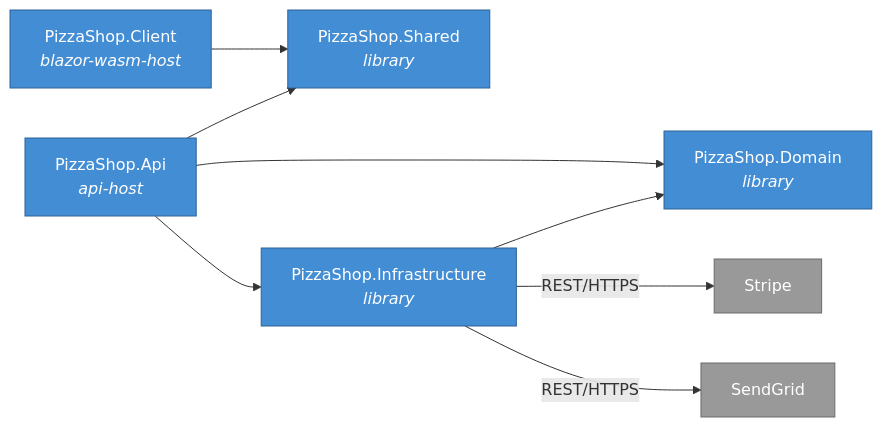
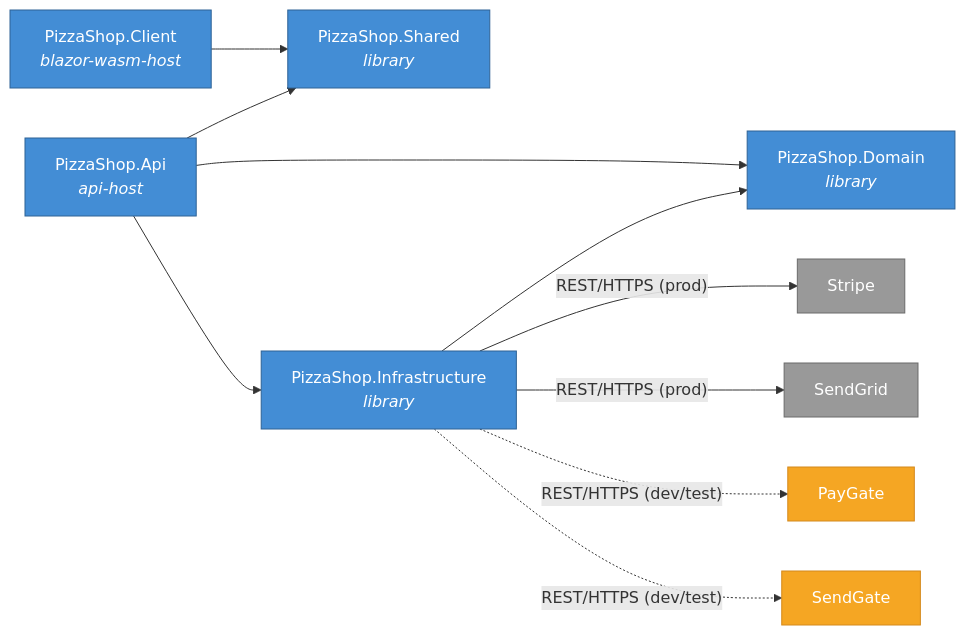
Before and after one commit to Realization-Engine/spec-chat: the seventh of 13 diagrams in src/MCPServer/DotNet/Docs/Specs/PizzaShop.spec.md, drawn with Mermaid. The commit also changed other lines of this file and 3 other files, not shown here.

First line of the commit message:
Add PayGate and SendGate subsystem specs and manifest refs

````diff
--- a/src/MCPServer/DotNet/Docs/Specs/PizzaShop.spec.md
+++ b/src/MCPServer/DotNet/Docs/Specs/PizzaShop.spec.md
@@ -1098,21 +1193,26 @@
 ```mermaid
 flowchart LR
     classDef authored fill:#438DD5,stroke:#2E6295,color:#fff
     classDef external fill:#999999,stroke:#6B6B6B,color:#fff
+    classDef harness fill:#F5A623,stroke:#D4891C,color:#fff
 
     Client["PizzaShop.Client<br/><i>blazor-wasm-host</i>"]:::authored
     Shared["PizzaShop.Shared<br/><i>library</i>"]:::authored
     Api["PizzaShop.Api<br/><i>api-host</i>"]:::authored
     Domain["PizzaShop.Domain<br/><i>library</i>"]:::authored
     Infra["PizzaShop.Infrastructure<br/><i>library</i>"]:::authored
     Stripe["Stripe"]:::external
     SendGrid["SendGrid"]:::external
+    PayGate["PayGate"]:::harness
+    SendGate["SendGate"]:::harness
 
     Client --> Shared
     Api --> Shared
     Api --> Domain
     Api --> Infra
     Infra --> Domain
-    Infra -->|"REST/HTTPS"| Stripe
-    Infra -->|"REST/HTTPS"| SendGrid
+    Infra -->|"REST/HTTPS (prod)"| Stripe
+    Infra -->|"REST/HTTPS (prod)"| SendGrid
+    Infra -.->|"REST/HTTPS (dev/test)"| PayGate
+    Infra -.->|"REST/HTTPS (dev/test)"| SendGate
 ```
````
